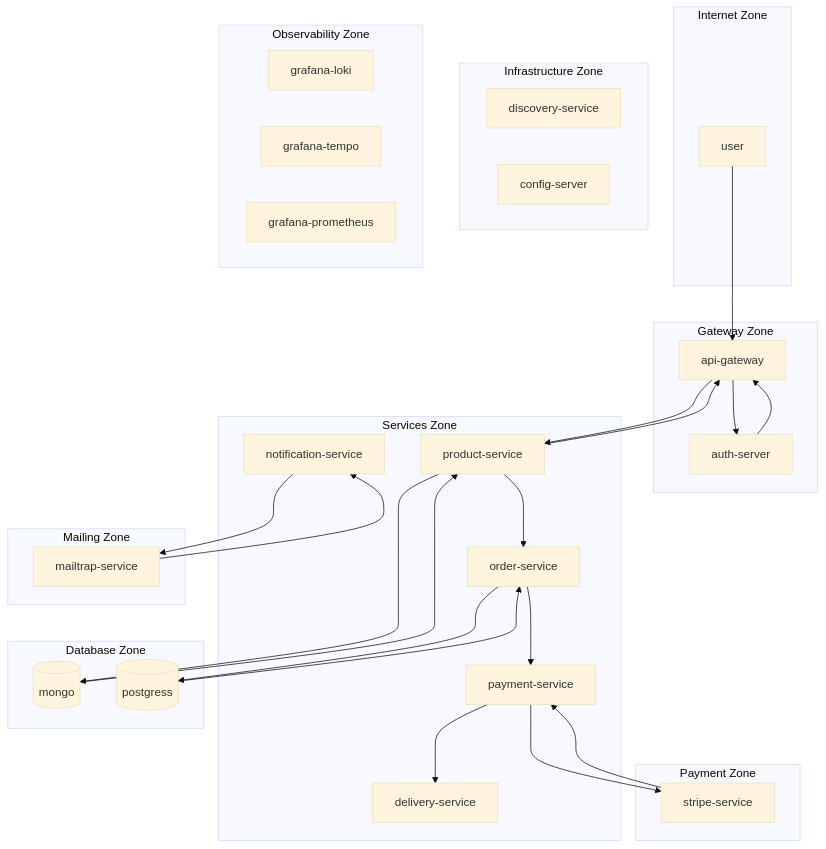
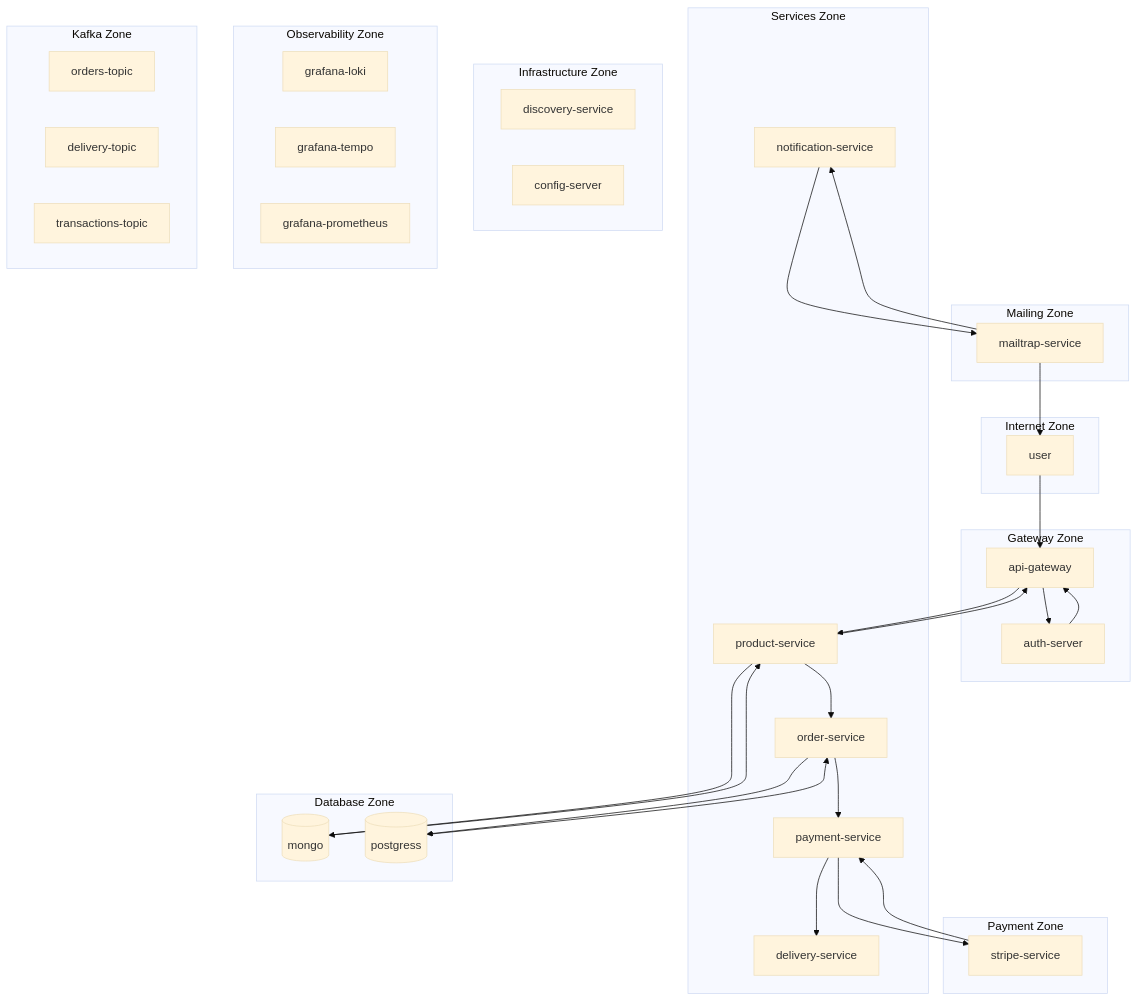
Before and after one commit to wisniewskikr/mermaid: the diagram in ecommerce-virtual.md, drawn with Mermaid (base theme).

Commit message:
Add Kafka Zone

````diff
--- a/ecommerce-virtual.md
+++ b/ecommerce-virtual.md
@@ -1,71 +1,79 @@
 ``` mermaid
     flowchart
 
         subgraph Internet Zone
             user
         end
 
         subgraph Gateway Zone
             api-gateway
             auth-server
         end
         
         subgraph Services Zone
             product-service
             order-service
             payment-service
             delivery-service
             notification-service            
         end
 
         subgraph Infrastructure Zone           
             discovery-service
             config-server            
         end
 
         subgraph Observability Zone
             grafana-loki
             grafana-tempo
             grafana-prometheus 
         end
 
         subgraph Mailing Zone
             mailtrap-service
         end
 
         subgraph Payment Zone
             stripe-service
         end
 
         subgraph Database Zone
             mongo[(mongo)]
             postgress[(postgress)]
         end
 
+        subgraph Kafka Zone
+            orders-topic
+            delivery-topic
+            transactions-topic
+        end
+
         user --> api-gateway
 
         api-gateway --> auth-server
         auth-server --> api-gateway        
 
         payment-service --> stripe-service
         stripe-service --> payment-service
 
         notification-service --> mailtrap-service
         mailtrap-service --> notification-service
 
         product-service --> mongo
         mongo --> product-service
 
         order-service --> postgress
         postgress --> order-service
 
         api-gateway --> product-service
         product-service --> api-gateway
 
         product-service --> order-service
 
         order-service --> payment-service
 
         payment-service --> delivery-service
 
+        mailtrap-service --> user
+
 ```
````
